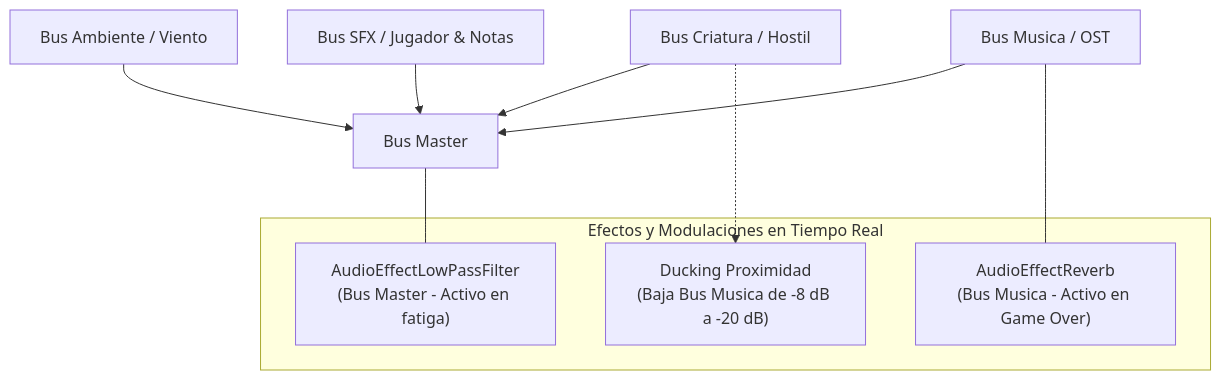
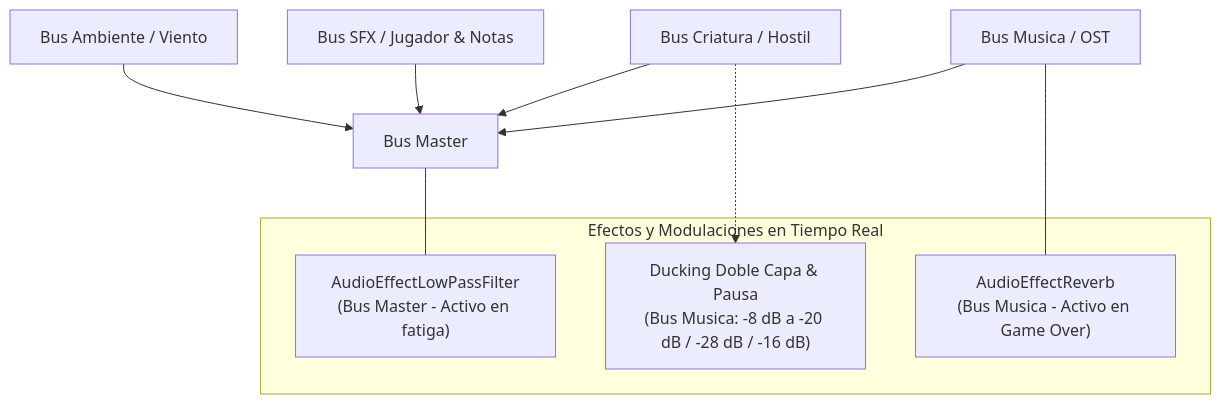
Before and after one commit to EmGamex/vosque: the diagram in docs/interfaz_y_audio/audio_y_feedback.md, drawn with Mermaid. The commit also changed other lines of this file and 17 other files, not shown here.

````diff
--- a/docs/interfaz_y_audio/audio_y_feedback.md
+++ b/docs/interfaz_y_audio/audio_y_feedback.md
@@ -26,18 +26,18 @@
 ```mermaid
 flowchart TD
     Master[Bus Master]
     Ambiente[Bus Ambiente / Viento] --> Master
     Efectos[Bus SFX / Jugador & Notas] --> Master
     Criatura[Bus Criatura / Hostil] --> Master
     Musica[Bus Musica / OST] --> Master
 
     subgraph Modulaciones ["Efectos y Modulaciones en Tiempo Real"]
         FiltroFatiga["AudioEffectLowPassFilter<br/>(Bus Master - Activo en fatiga)"]
         ReverbGameOver["AudioEffectReverb<br/>(Bus Musica - Activo en Game Over)"]
-        DuckingCriatura["Ducking Proximidad<br/>(Baja Bus Musica de -8 dB a -20 dB)"]
+        DuckingDobleCapa["Ducking Doble Capa & Pausa<br/>(Bus Musica: -8 dB a -20 dB / -28 dB / -16 dB)"]
     end
 
     Master --- FiltroFatiga
     Musica --- ReverbGameOver
-    Criatura -.-> DuckingCriatura
+    Criatura -.-> DuckingDobleCapa
 ```
````
